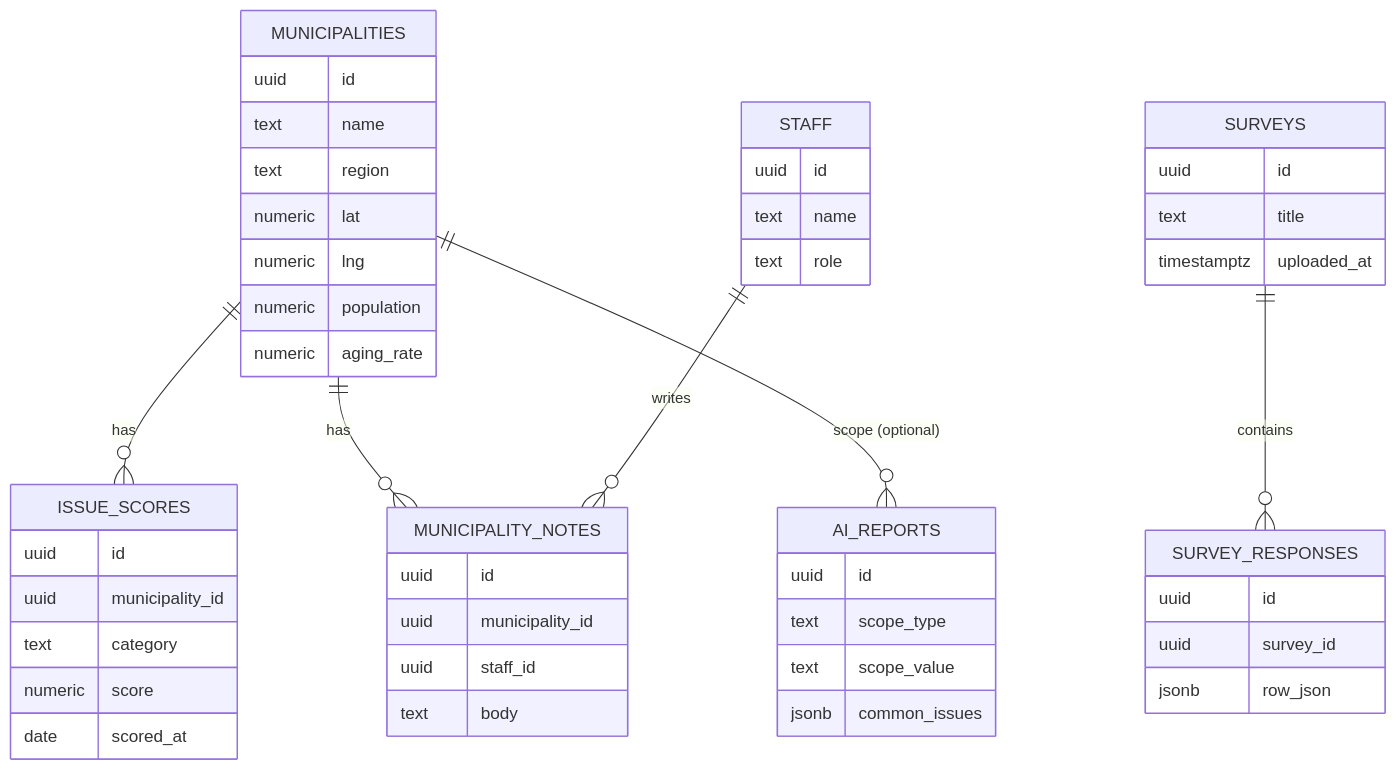
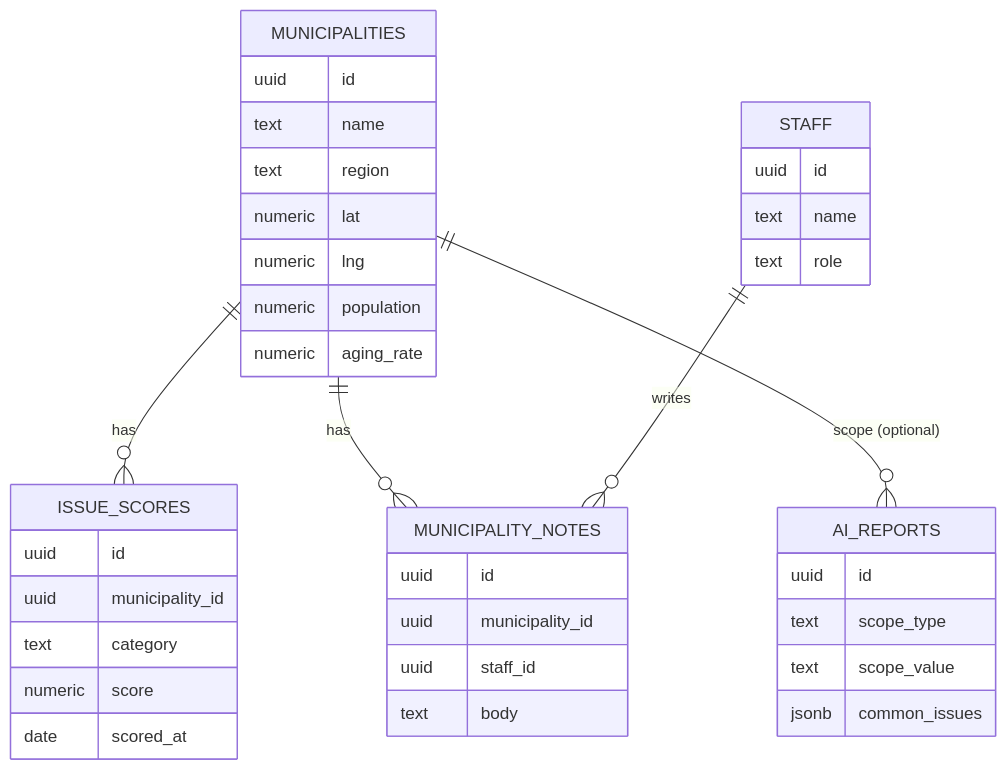
The diagram in docs/chiiki-karte-system/README.md (machida111/claude-code), drawn with Mermaid before and after one commit. The commit also changed other lines of this file and 1 other file, not shown here.

First line of the commit message:
Constrain the issue map to Osaka Prefecture, drop survey analysis

````diff
--- a/docs/chiiki-karte-system/README.md
+++ b/docs/chiiki-karte-system/README.md
@@ -125,52 +116,41 @@
 ```mermaid
 erDiagram
   MUNICIPALITIES ||--o{ ISSUE_SCORES : has
   MUNICIPALITIES ||--o{ MUNICIPALITY_NOTES : has
   STAFF ||--o{ MUNICIPALITY_NOTES : writes
-  SURVEYS ||--o{ SURVEY_RESPONSES : contains
   MUNICIPALITIES ||--o{ AI_REPORTS : "scope (optional)"
 
   MUNICIPALITIES {
     uuid id
     text name
     text region
     numeric lat
     numeric lng
     numeric population
     numeric aging_rate
   }
   ISSUE_SCORES {
     uuid id
     uuid municipality_id
     text category
     numeric score
     date scored_at
   }
   MUNICIPALITY_NOTES {
     uuid id
     uuid municipality_id
     uuid staff_id
     text body
   }
-  SURVEYS {
-    uuid id
-    text title
-    timestamptz uploaded_at
-  }
-  SURVEY_RESPONSES {
-    uuid id
-    uuid survey_id
-    jsonb row_json
-  }
   AI_REPORTS {
     uuid id
     text scope_type
     text scope_value
     jsonb common_issues
   }
   STAFF {
     uuid id
     text name
     text role
   }
 ```
````
